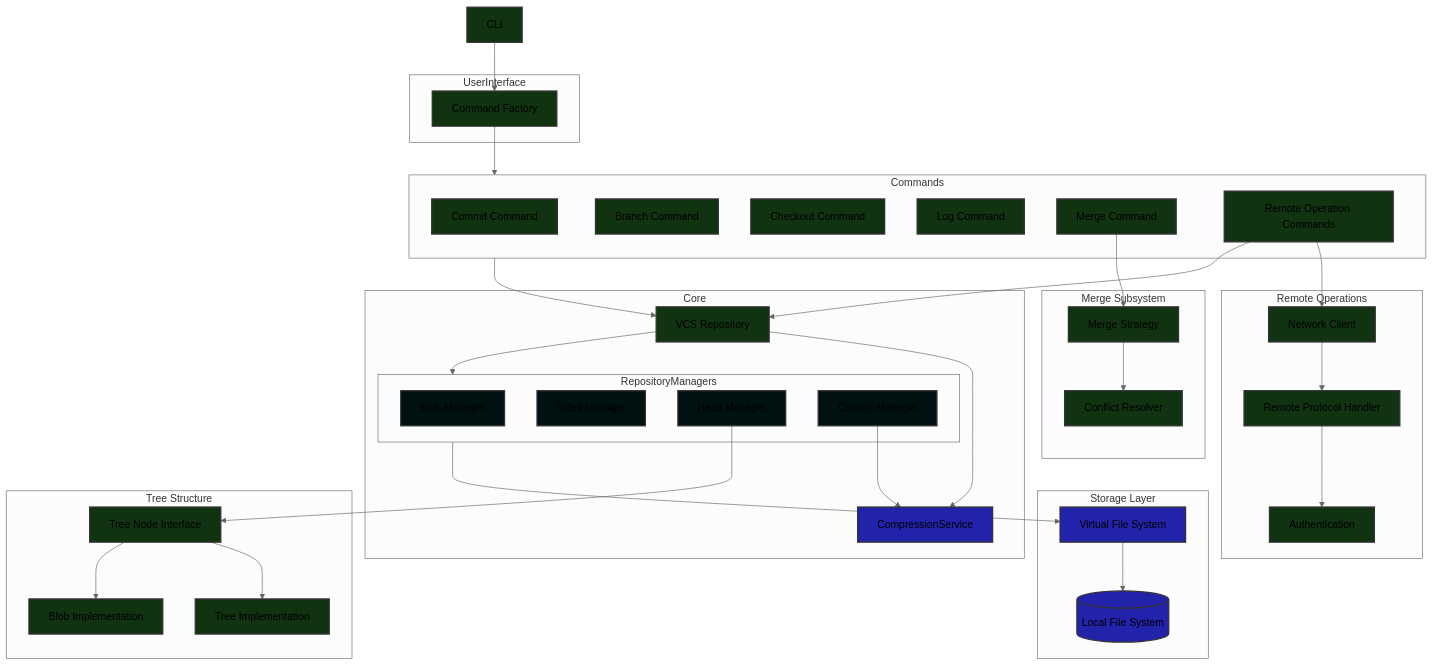
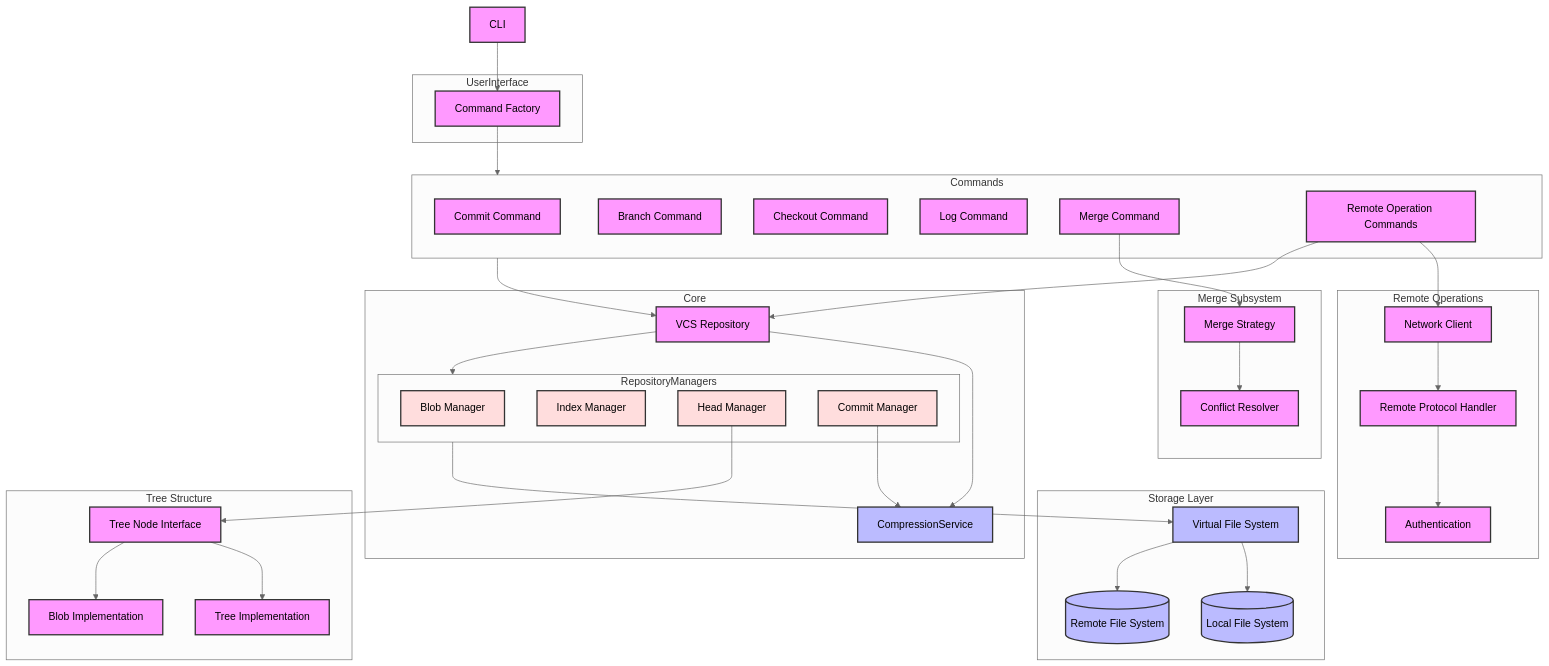
Before and after one commit to Giga-Chad-LLC/se-vcs-hw: the diagram in diagrams/component_digram.mermaid, drawn with Mermaid (neutral theme). The commit also changed 1 other file, not shown here.

Commit message:
feat: add remote fs into component diagram

```diff
--- a/diagrams/component_digram.mermaid
+++ b/diagrams/component_digram.mermaid
@@ -1,66 +1,67 @@
 graph TB
     CLI[CLI] --> CommandFactory
 
     subgraph UserInterface
         CommandFactory[Command Factory]
     end
 
     CommandFactory --> Commands
 
     subgraph Commands
         CommitCmd[Commit Command]
         BranchCmd[Branch Command]
         CheckoutCmd[Checkout Command]
         LogCmd[Log Command]
         MergeCmd[Merge Command]
         RemoteOpsCmd[Remote Operation Commands]
     end
 
     Commands --> Repository
 
     subgraph Core
         Repository[VCS Repository]
         Repository --> RepositoryManagers
         Repository --> CompressionService
     end
 
     subgraph RepositoryManagers
         BlobManager[Blob Manager]
         IndexManager[Index Manager]
         HeadManager[Head Manager]
         CommitManager[Commit Manager]
     end
 
     subgraph "Merge Subsystem"
         MergeCmd --> MergeStrategy[Merge Strategy]
         MergeStrategy --> ConflictResolver[Conflict Resolver]
     end
 
     subgraph "Storage Layer"
         FileSystem[Virtual File System] --> LocalFS[(Local File System)]
+        FileSystem[Virtual File System] --> RemoteFS[(Remote File System)]
     end
 
     subgraph "Remote Operations"
         RemoteOpsCmd --> NetworkClient[Network Client]
         NetworkClient --> RemoteProtocol[Remote Protocol Handler]
         RemoteProtocol --> Authentication[Authentication]
     end
 
     RemoteOpsCmd --> Repository
     RepositoryManagers --> FileSystem
     CommitManager --> CompressionService
 
     subgraph "Tree Structure"
         TreeNode[Tree Node Interface]
         TreeNode --> TreeImpl[Tree Implementation]
         TreeNode --> BlobImpl[Blob Implementation]
         HeadManager --> TreeNode
     end
 
-    classDef component fill:#131,stroke:#333,stroke-width:2px
-    classDef storage fill:#22a,stroke:#333,stroke-width:2px
-    classDef manager fill:#011,stroke:#333,stroke-width:2px
+    classDef component fill:#f9f,stroke:#333,stroke-width:2px
+    classDef storage fill:#bbf,stroke:#333,stroke-width:2px
+    classDef manager fill:#fdd,stroke:#333,stroke-width:2px
 
     class CLI,CommandProcessor,CommandFactory,CommitCmd,BranchCmd,CheckoutCmd,LogCmd,MergeCmd,RemoteOpsCmd,MergeStrategy,ConflictResolver,Repository,NetworkClient,RemoteProtocol,Authentication,TreeNode,TreeImpl,BlobImpl component
     class BlobManager,IndexManager,HeadManager,CommitManager manager
-    class CompressionService,FileSystem,DiskStorage,LocalFS storage
+    class CompressionService,FileSystem,DiskStorage,LocalFS,RemoteFS storage
```
